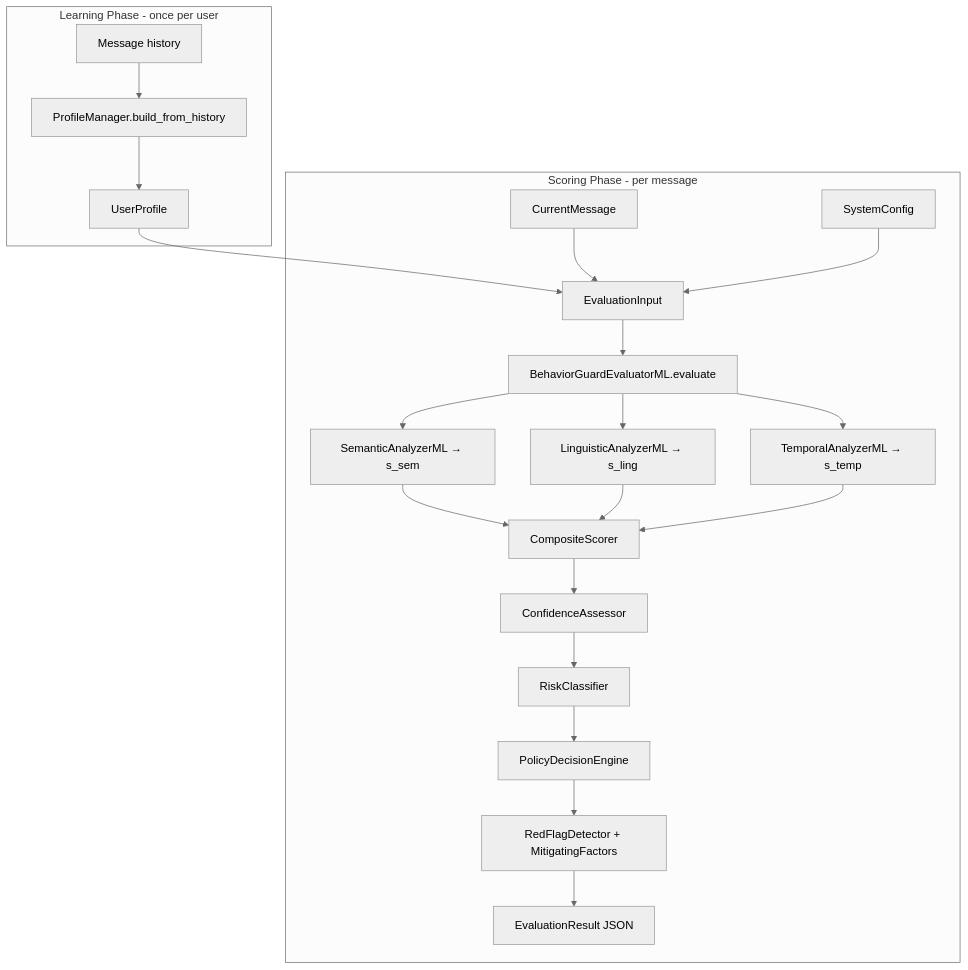
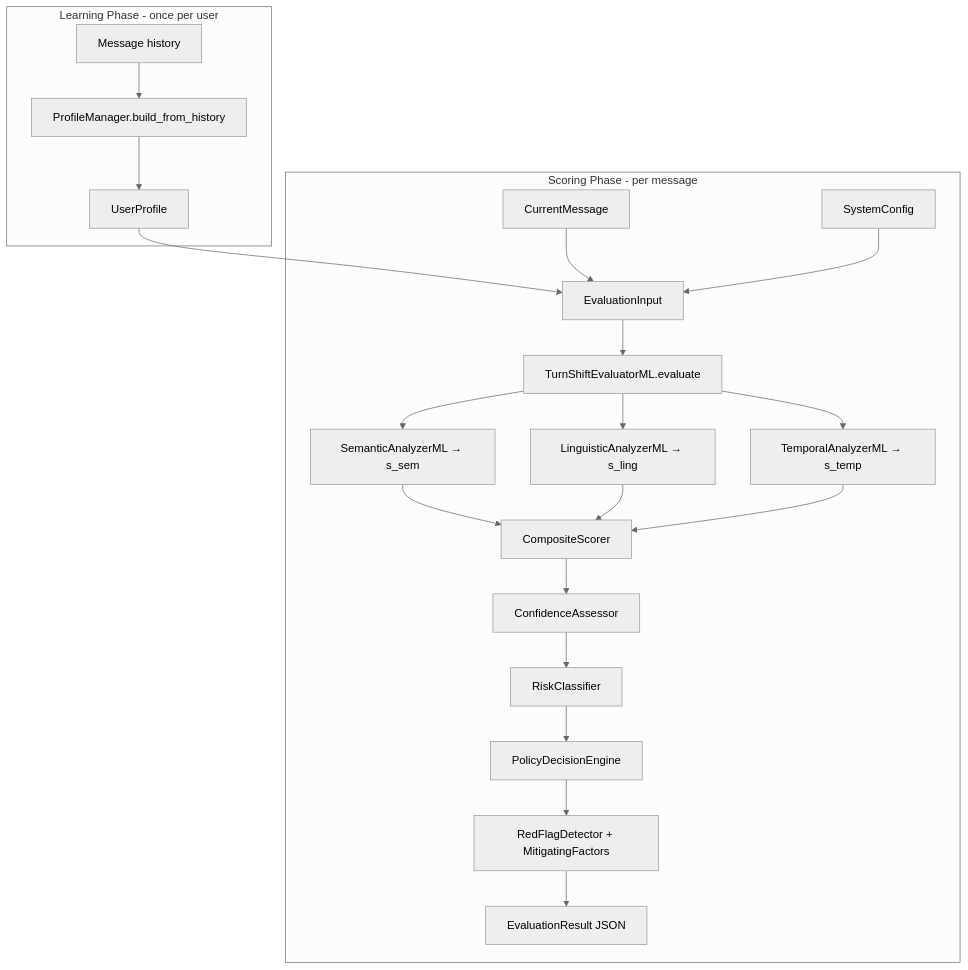
The second of 3 diagrams in ARCHITECTURE.md (Va11eyard/BehaviorGuard), drawn with Mermaid (neutral theme) before and after one commit. The commit also changed other lines of this file and 124 other files, not shown here.

````diff
--- a/ARCHITECTURE.md
+++ b/ARCHITECTURE.md
@@ -91,28 +91,28 @@
 ```mermaid
 flowchart TD
     subgraph learn [Learning Phase - once per user]
         Hist[Message history] --> PM[ProfileManager.build_from_history]
         PM --> UP[UserProfile]
     end
 
     subgraph score [Scoring Phase - per message]
         UP --> In[EvaluationInput]
         CM[CurrentMessage] --> In
         CFG[SystemConfig] --> In
-        In --> EV[BehaviorGuardEvaluatorML.evaluate]
+        In --> EV[TurnShiftEvaluatorML.evaluate]
 
         EV --> S1[SemanticAnalyzerML → s_sem]
         EV --> S2[LinguisticAnalyzerML → s_ling]
         EV --> S3[TemporalAnalyzerML → s_temp]
 
         S1 --> CS[CompositeScorer]
         S2 --> CS
         S3 --> CS
 
         CS --> Conf[ConfidenceAssessor]
         Conf --> RC[RiskClassifier]
         RC --> PE[PolicyDecisionEngine]
         PE --> RF[RedFlagDetector + MitigatingFactors]
         RF --> OUT[EvaluationResult JSON]
     end
 ```
````
